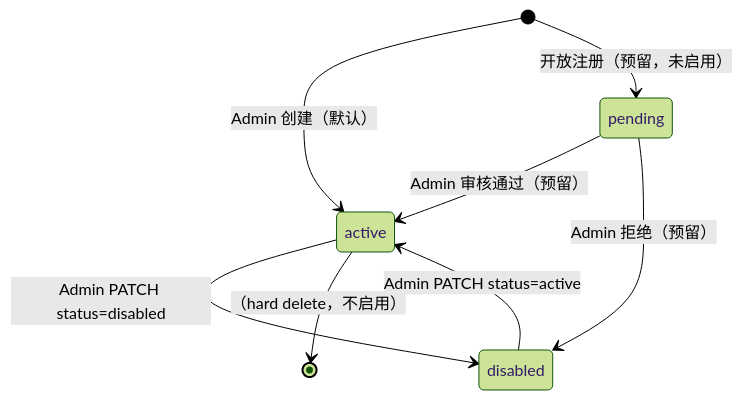
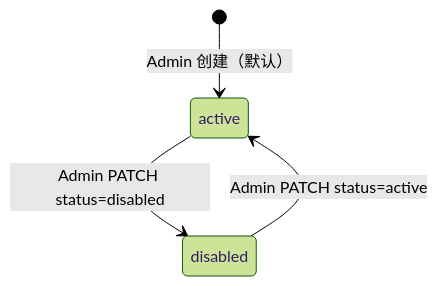
One commit to CY1005/prism-0420 changed the third of 3 diagrams in design/02-modules/M01-user-account/00-design.md. Above: the diagram before and after it, drawn with Mermaid (forest theme). The commit also changed other lines of this file and 4 other files, not shown here.

First line of the commit message:
docs(R4-3a): 非常规态登记规约 + M01/M16/M17/M18 mermaid 回扫

````diff
--- a/design/02-modules/M01-user-account/00-design.md
+++ b/design/02-modules/M01-user-account/00-design.md
@@ -527,10 +527,6 @@
 ```mermaid
 stateDiagram-v2
     [*] --> active: Admin 创建（默认）
-    [*] --> pending: 开放注册（预留，未启用）
     active --> disabled: Admin PATCH status=disabled
     disabled --> active: Admin PATCH status=active
-    pending --> active: Admin 审核通过（预留）
-    pending --> disabled: Admin 拒绝（预留）
-    active --> [*]: （hard delete，不启用）
 ```
````
